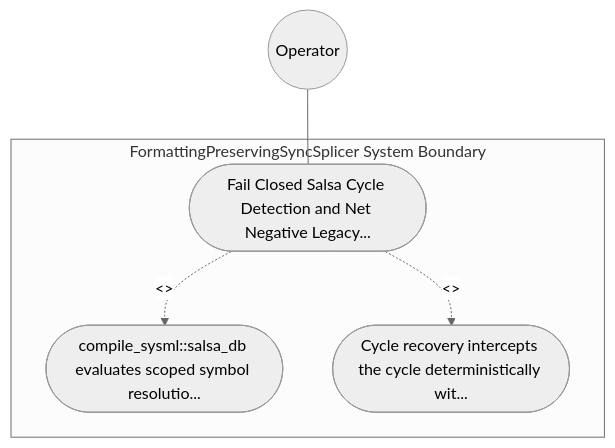
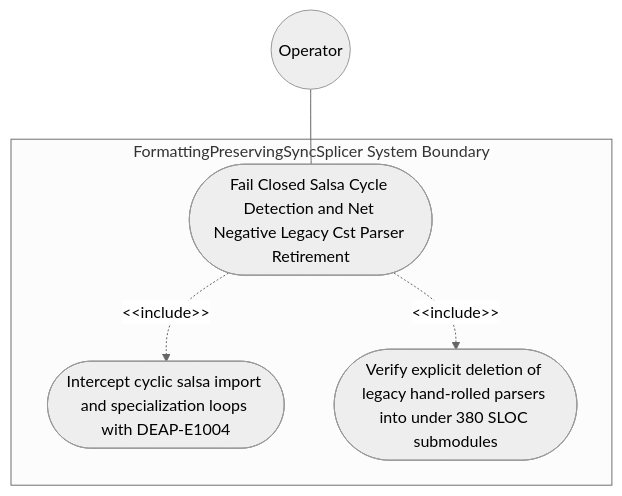
One commit to gintatkinson/DEAP01-spec-core changed the diagram in .pipeline/upstream/docs/use-cases/UC-56-Fail_Closed_Salsa_Cycle_Detection_and_Net_Negative_Legacy_Cst_Parser_Retirement.md. Above: the diagram before and after it, drawn with Mermaid (neutral theme). The commit also changed other lines of this file and 225 other files, not shown here.

````diff
--- a/.pipeline/upstream/docs/use-cases/UC-56-Fail_Closed_Salsa_Cycle_Detection_and_Net_Negative_Legacy_Cst_Parser_Retirement.md
+++ b/.pipeline/upstream/docs/use-cases/UC-56-Fail_Closed_Salsa_Cycle_Detection_and_Net_Negative_Legacy_Cst_Parser_Retirement.md
@@ -16,11 +16,11 @@
 ```mermaid
 graph TD
     subgraph "FormattingPreservingSyncSplicer System Boundary"
-        UC_Main(["Fail Closed Salsa Cycle Detection and Net Negative Legacy..."])
-        UC_Step01(["compile_sysml::salsa_db evaluates scoped symbol resolutio..."])
-        UC_Step02(["Cycle recovery intercepts the cycle deterministically wit..."])
+        UC_Main(["Fail Closed Salsa Cycle Detection and Net Negative Legacy Cst Parser Retirement"])
+        UC_Step01(["Intercept cyclic salsa import and specialization loops with DEAP-E1004"])
+        UC_Step02(["Verify explicit deletion of legacy hand-rolled parsers into under 380 SLOC submodules"])
     end
     Operator(("Operator")) --- UC_Main
-    UC_Main -. "<<include>>" .-> UC_Step01
-    UC_Main -. "<<include>>" .-> UC_Step02
+    UC_Main -. "&lt;&lt;include&gt;&gt;" .-> UC_Step01
+    UC_Main -. "&lt;&lt;include&gt;&gt;" .-> UC_Step02
 ```
````
